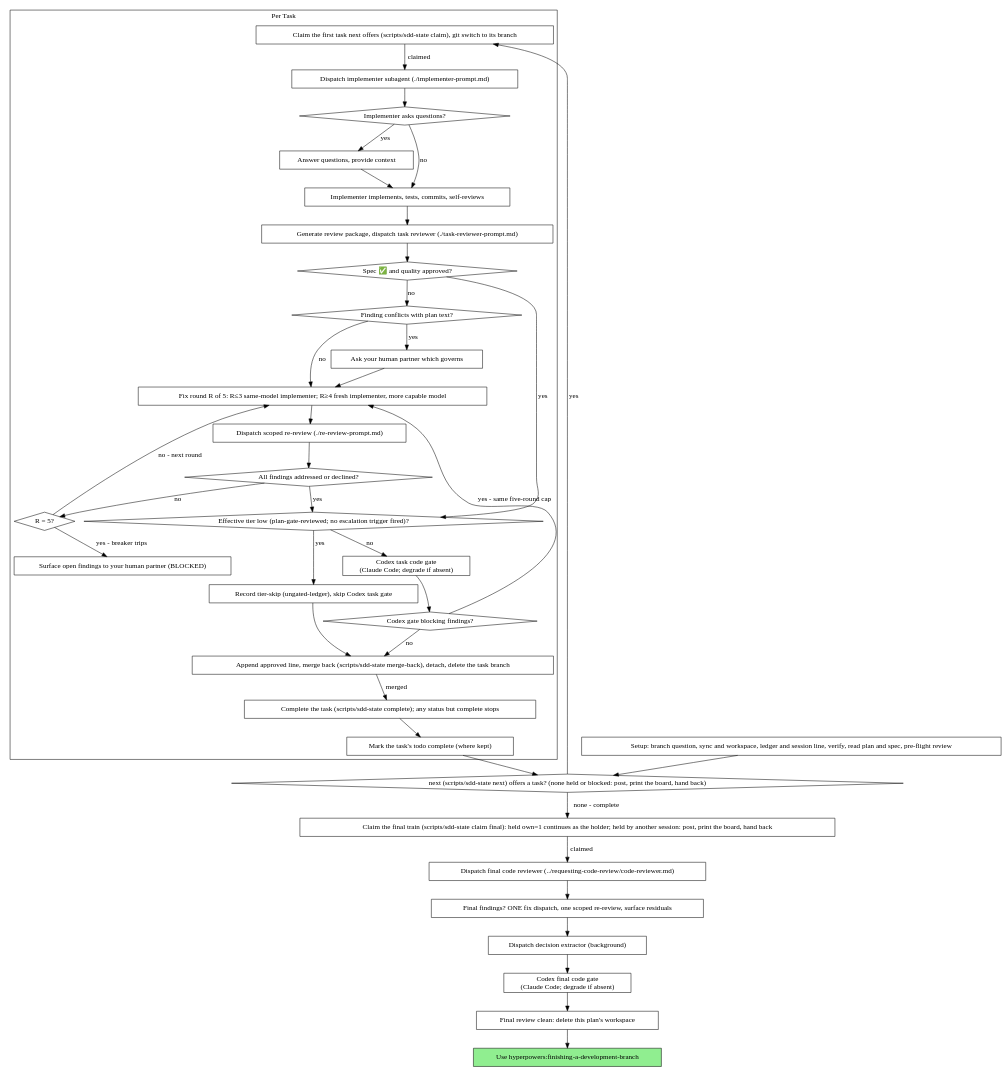
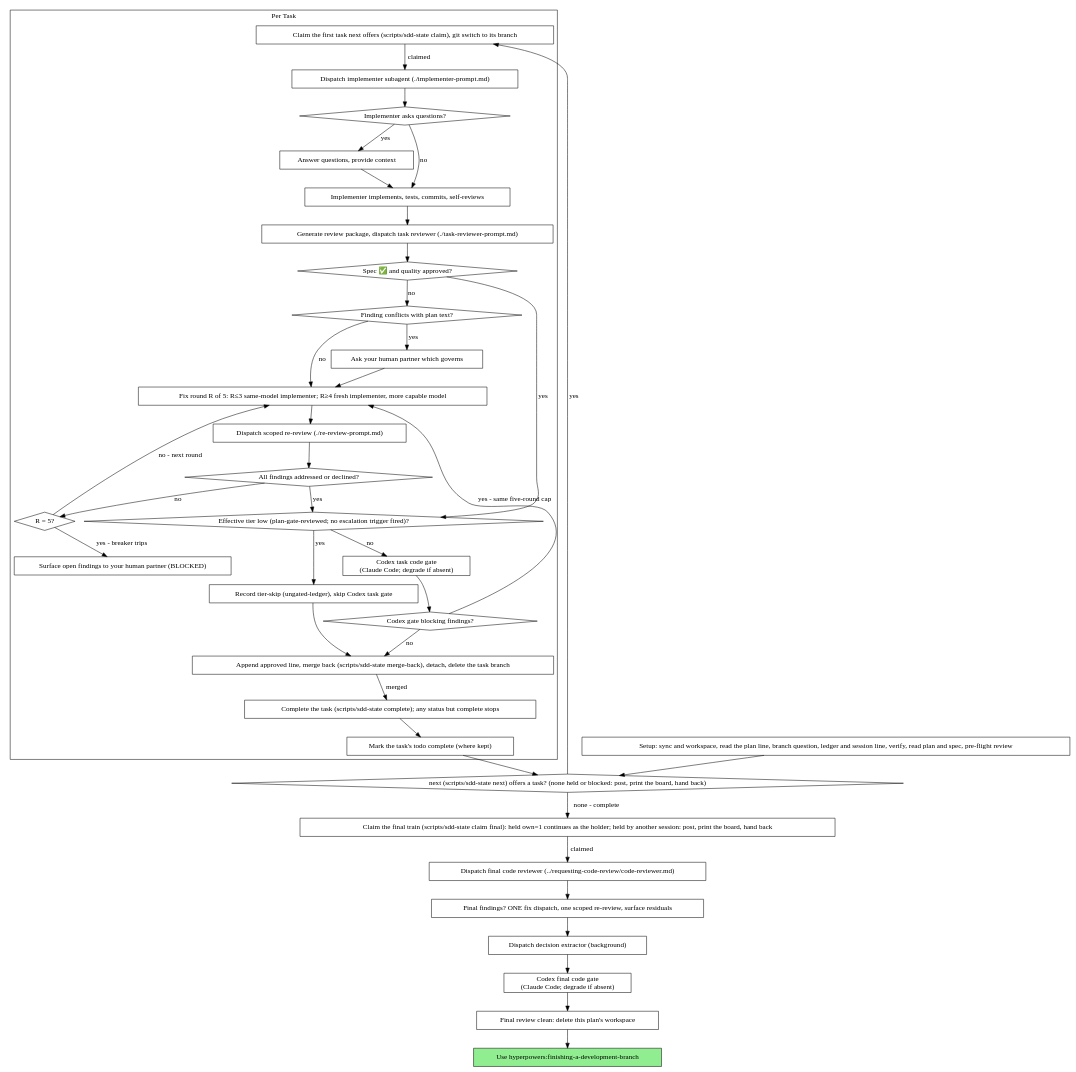
Before and after one commit to scott-arne/hyperpowers: the second of 2 diagrams in skills/subagent-driven-development/SKILL.md, drawn with Graphviz. The commit also changed 16 other files, not shown here.

Commit message:
docs(sdd): the process graph's Setup node reads the plan line before the branch question

````diff
--- a/skills/subagent-driven-development/SKILL.md
+++ b/skills/subagent-driven-development/SKILL.md
@@ -53,77 +53,77 @@
 ```dot
 digraph process {
     rankdir=TB;
 
     subgraph cluster_per_task {
         label="Per Task";
         "Claim the first task next offers (scripts/sdd-state claim), git switch to its branch" [shape=box];
         "Dispatch implementer subagent (./implementer-prompt.md)" [shape=box];
         "Implementer asks questions?" [shape=diamond];
         "Answer questions, provide context" [shape=box];
         "Implementer implements, tests, commits, self-reviews" [shape=box];
         "Generate review package, dispatch task reviewer (./task-reviewer-prompt.md)" [shape=box];
         "Spec ✅ and quality approved?" [shape=diamond];
         "Finding conflicts with plan text?" [shape=diamond];
         "Ask your human partner which governs" [shape=box];
         "Fix round R of 5: R≤3 same-model implementer; R≥4 fresh implementer, more capable model" [shape=box];
         "Dispatch scoped re-review (./re-review-prompt.md)" [shape=box];
         "All findings addressed or declined?" [shape=diamond];
         "R = 5?" [shape=diamond];
         "Surface open findings to your human partner (BLOCKED)" [shape=box];
         "Effective tier low (plan-gate-reviewed; no escalation trigger fired)?" [shape=diamond];
         "Record tier-skip (ungated-ledger), skip Codex task gate" [shape=box];
         "Codex task code gate\n(Claude Code; degrade if absent)" [shape=box];
         "Codex gate blocking findings?" [shape=diamond];
         "Append approved line, merge back (scripts/sdd-state merge-back), detach, delete the task branch" [shape=box];
         "Complete the task (scripts/sdd-state complete); any status but complete stops" [shape=box];
         "Mark the task's todo complete (where kept)" [shape=box];
     }
 
-    "Setup: branch question, sync and workspace, ledger and session line, verify, read plan and spec, pre-flight review" [shape=box];
+    "Setup: sync and workspace, read the plan line, branch question, ledger and session line, verify, read plan and spec, pre-flight review" [shape=box];
     "next (scripts/sdd-state next) offers a task? (none held or blocked: post, print the board, hand back)" [shape=diamond];
     "Claim the final train (scripts/sdd-state claim final): held own=1 continues as the holder; held by another session: post, print the board, hand back" [shape=box];
     "Dispatch final code reviewer (../requesting-code-review/code-reviewer.md)" [shape=box];
     "Final findings? ONE fix dispatch, one scoped re-review, surface residuals" [shape=box];
     "Dispatch decision extractor (background)" [shape=box];
     "Codex final code gate\n(Claude Code; degrade if absent)" [shape=box];
     "Final review clean: delete this plan's workspace" [shape=box];
     "Use hyperpowers:finishing-a-development-branch" [shape=box style=filled fillcolor=lightgreen];
 
-    "Setup: branch question, sync and workspace, ledger and session line, verify, read plan and spec, pre-flight review" -> "next (scripts/sdd-state next) offers a task? (none held or blocked: post, print the board, hand back)";
+    "Setup: sync and workspace, read the plan line, branch question, ledger and session line, verify, read plan and spec, pre-flight review" -> "next (scripts/sdd-state next) offers a task? (none held or blocked: post, print the board, hand back)";
     "next (scripts/sdd-state next) offers a task? (none held or blocked: post, print the board, hand back)" -> "Claim the first task next offers (scripts/sdd-state claim), git switch to its branch" [label="yes"];
     "Claim the first task next offers (scripts/sdd-state claim), git switch to its branch" -> "Dispatch implementer subagent (./implementer-prompt.md)" [label="claimed"];
     "Dispatch implementer subagent (./implementer-prompt.md)" -> "Implementer asks questions?";
     "Implementer asks questions?" -> "Answer questions, provide context" [label="yes"];
     "Answer questions, provide context" -> "Implementer implements, tests, commits, self-reviews";
     "Implementer asks questions?" -> "Implementer implements, tests, commits, self-reviews" [label="no"];
     "Implementer implements, tests, commits, self-reviews" -> "Generate review package, dispatch task reviewer (./task-reviewer-prompt.md)";
     "Generate review package, dispatch task reviewer (./task-reviewer-prompt.md)" -> "Spec ✅ and quality approved?";
     "Spec ✅ and quality approved?" -> "Effective tier low (plan-gate-reviewed; no escalation trigger fired)?" [label="yes"];
     "Spec ✅ and quality approved?" -> "Finding conflicts with plan text?" [label="no"];
     "Finding conflicts with plan text?" -> "Ask your human partner which governs" [label="yes"];
     "Ask your human partner which governs" -> "Fix round R of 5: R≤3 same-model implementer; R≥4 fresh implementer, more capable model";
     "Finding conflicts with plan text?" -> "Fix round R of 5: R≤3 same-model implementer; R≥4 fresh implementer, more capable model" [label="no"];
     "Fix round R of 5: R≤3 same-model implementer; R≥4 fresh implementer, more capable model" -> "Dispatch scoped re-review (./re-review-prompt.md)";
     "Dispatch scoped re-review (./re-review-prompt.md)" -> "All findings addressed or declined?";
     "All findings addressed or declined?" -> "Effective tier low (plan-gate-reviewed; no escalation trigger fired)?" [label="yes"];
     "All findings addressed or declined?" -> "R = 5?" [label="no"];
     "R = 5?" -> "Fix round R of 5: R≤3 same-model implementer; R≥4 fresh implementer, more capable model" [label="no - next round"];
     "R = 5?" -> "Surface open findings to your human partner (BLOCKED)" [label="yes - breaker trips"];
     "Effective tier low (plan-gate-reviewed; no escalation trigger fired)?" -> "Record tier-skip (ungated-ledger), skip Codex task gate" [label="yes"];
     "Record tier-skip (ungated-ledger), skip Codex task gate" -> "Append approved line, merge back (scripts/sdd-state merge-back), detach, delete the task branch";
     "Effective tier low (plan-gate-reviewed; no escalation trigger fired)?" -> "Codex task code gate\n(Claude Code; degrade if absent)" [label="no"];
     "Codex task code gate\n(Claude Code; degrade if absent)" -> "Codex gate blocking findings?";
     "Codex gate blocking findings?" -> "Fix round R of 5: R≤3 same-model implementer; R≥4 fresh implementer, more capable model" [label="yes - same five-round cap"];
     "Codex gate blocking findings?" -> "Append approved line, merge back (scripts/sdd-state merge-back), detach, delete the task branch" [label="no"];
     "Append approved line, merge back (scripts/sdd-state merge-back), detach, delete the task branch" -> "Complete the task (scripts/sdd-state complete); any status but complete stops" [label="merged"];
     "Complete the task (scripts/sdd-state complete); any status but complete stops" -> "Mark the task's todo complete (where kept)";
     "Mark the task's todo complete (where kept)" -> "next (scripts/sdd-state next) offers a task? (none held or blocked: post, print the board, hand back)";
     "next (scripts/sdd-state next) offers a task? (none held or blocked: post, print the board, hand back)" -> "Claim the final train (scripts/sdd-state claim final): held own=1 continues as the holder; held by another session: post, print the board, hand back" [label="none - complete"];
     "Claim the final train (scripts/sdd-state claim final): held own=1 continues as the holder; held by another session: post, print the board, hand back" -> "Dispatch final code reviewer (../requesting-code-review/code-reviewer.md)" [label="claimed"];
     "Dispatch final code reviewer (../requesting-code-review/code-reviewer.md)" -> "Final findings? ONE fix dispatch, one scoped re-review, surface residuals";
     "Final findings? ONE fix dispatch, one scoped re-review, surface residuals" -> "Dispatch decision extractor (background)";
     "Dispatch decision extractor (background)" -> "Codex final code gate\n(Claude Code; degrade if absent)";
     "Codex final code gate\n(Claude Code; degrade if absent)" -> "Final review clean: delete this plan's workspace";
     "Final review clean: delete this plan's workspace" -> "Use hyperpowers:finishing-a-development-branch";
 }
 ```
````
